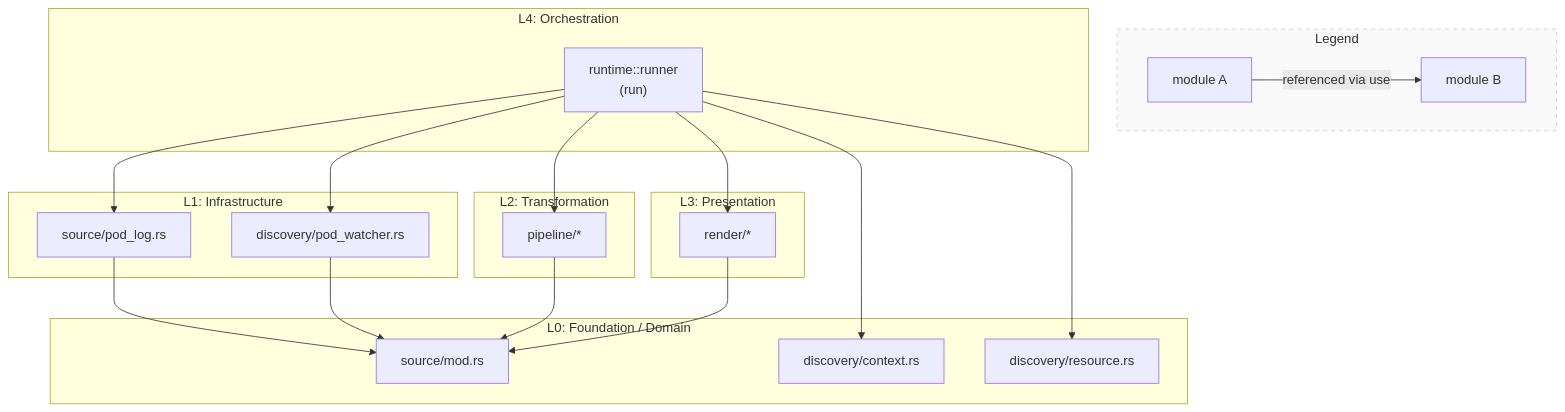
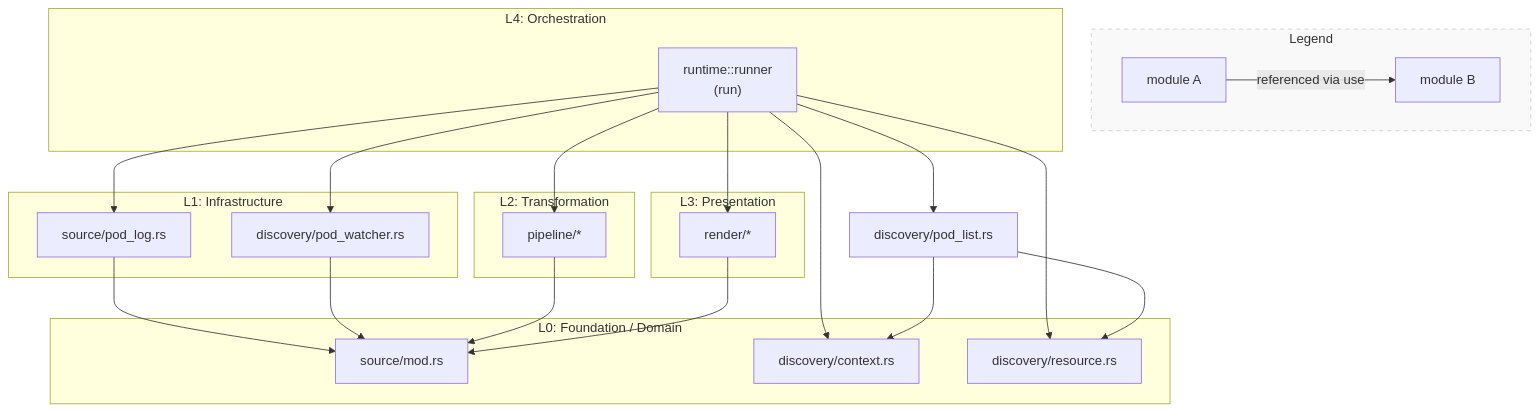
One commit to daisuke8000/rustern changed the first of 5 diagrams in crates/rustern-core/README.md. Above: the diagram before and after it, drawn with Mermaid. The commit also changed other lines of this file and 6 other files, not shown here.

First line of the commit message:
refactor: extract pod list and render setup from runner (#51)

````diff
--- a/crates/rustern-core/README.md
+++ b/crates/rustern-core/README.md
@@ -61,44 +63,48 @@
 ```mermaid
 flowchart TD
     subgraph Legend [Legend]
         direction LR
         NodeA[module A] -->|referenced via use| NodeB[module B]
     end
 
     subgraph L4 [L4: Orchestration]
         Runtime["runtime::runner<br/>(run)"]
     end
 
     subgraph L3 [L3: Presentation]
         Render["render/*"]
     end
 
     subgraph L2 [L2: Transformation]
         Pipeline["pipeline/*"]
     end
 
     subgraph L1 [L1: Infrastructure]
         PodLog["source/pod_log.rs"]
         PodWatcher["discovery/pod_watcher.rs"]
     end
 
     subgraph L0 [L0: Foundation / Domain]
         SrcMod["source/mod.rs"]
         DiscCtx["discovery/context.rs"]
         DiscRes["discovery/resource.rs"]
     end
 
     Runtime --> DiscCtx
     Runtime --> DiscRes
+    Runtime --> PodList["discovery/pod_list.rs"]
     Runtime --> PodWatcher
     Runtime --> PodLog
     Runtime --> Pipeline
     Runtime --> Render
+
+    PodList --> DiscRes
+    PodList --> DiscCtx
 
     PodLog --> SrcMod
     PodWatcher --> SrcMod
     Pipeline --> SrcMod
     Render --> SrcMod
 
     style Legend fill:#f9f9f9,stroke:#ccc,stroke-dasharray: 5 5
 ```
````
